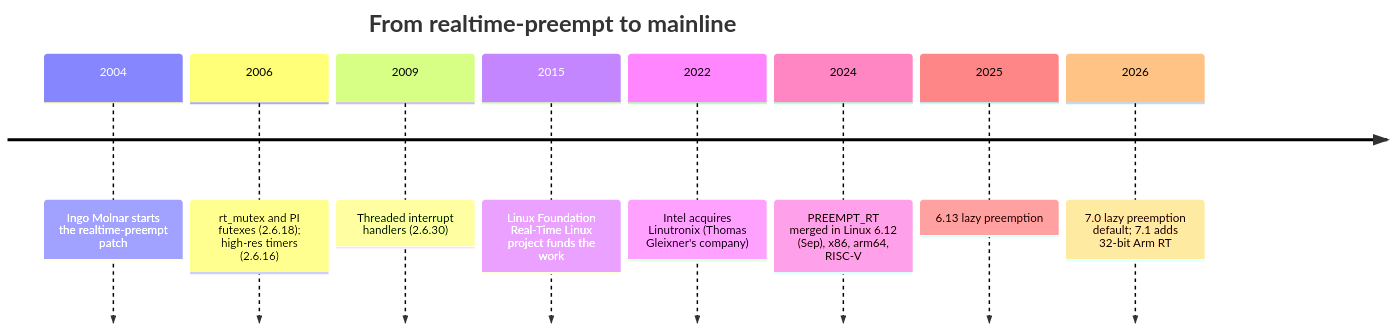
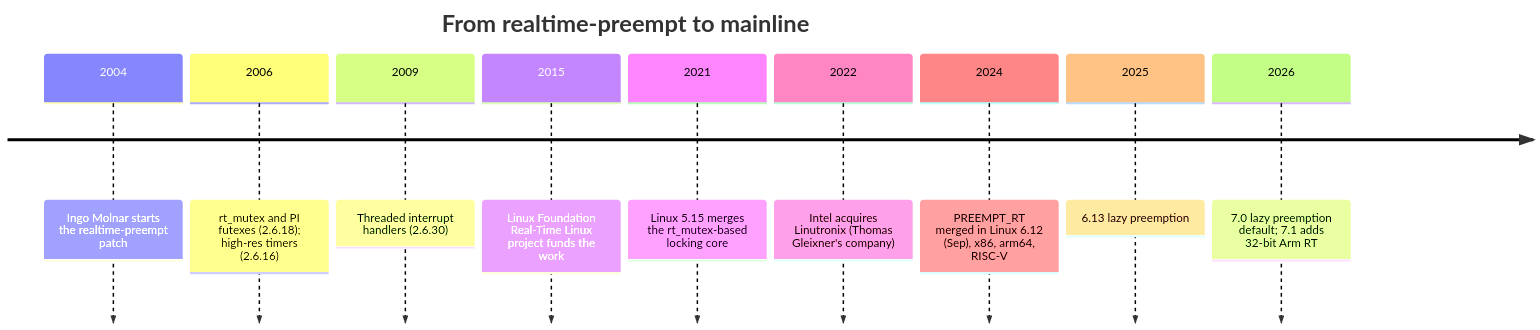
The first of 2 diagrams in Operating Systems/Frontier/PREEMPT_RT and Real-Time Linux/PREEMPT_RT and Real-Time Linux.md (ImRuliad/Library-of-Alexandria), drawn with Mermaid before and after one commit. The commit also changed other lines of this file, not shown here.

Commit message:
PREEMPT_RT and Real-Time Linux: fact-check pass (status: complete)

````diff
--- a/Operating Systems/Frontier/PREEMPT_RT and Real-Time Linux/PREEMPT_RT and Real-Time Linux.md
+++ b/Operating Systems/Frontier/PREEMPT_RT and Real-Time Linux/PREEMPT_RT and Real-Time Linux.md
@@ -106,12 +106,13 @@
 ```mermaid
 timeline
     title From realtime-preempt to mainline
     2004 : Ingo Molnar starts the realtime-preempt patch
     2006 : rt_mutex and PI futexes (2.6.18); high-res timers (2.6.16)
     2009 : Threaded interrupt handlers (2.6.30)
     2015 : Linux Foundation Real-Time Linux project funds the work
+    2021 : Linux 5.15 merges the rt_mutex-based locking core
     2022 : Intel acquires Linutronix (Thomas Gleixner's company)
     2024 : PREEMPT_RT merged in Linux 6.12 (Sep), x86, arm64, RISC-V
     2025 : 6.13 lazy preemption
     2026 : 7.0 lazy preemption default; 7.1 adds 32-bit Arm RT
 ```
````
